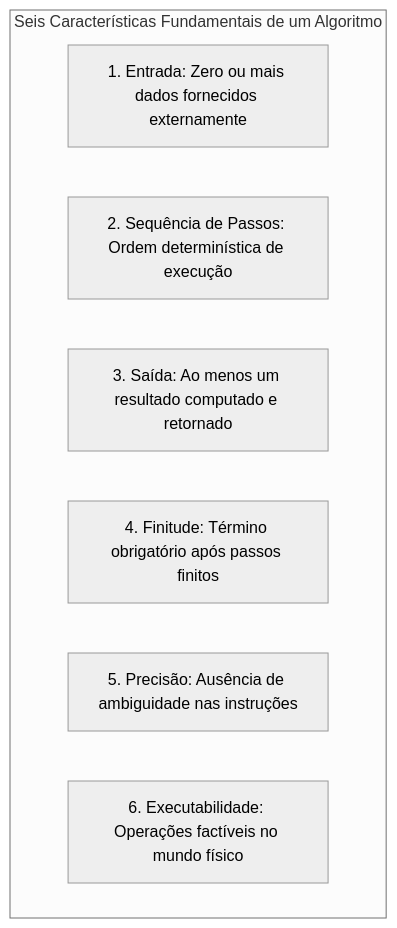
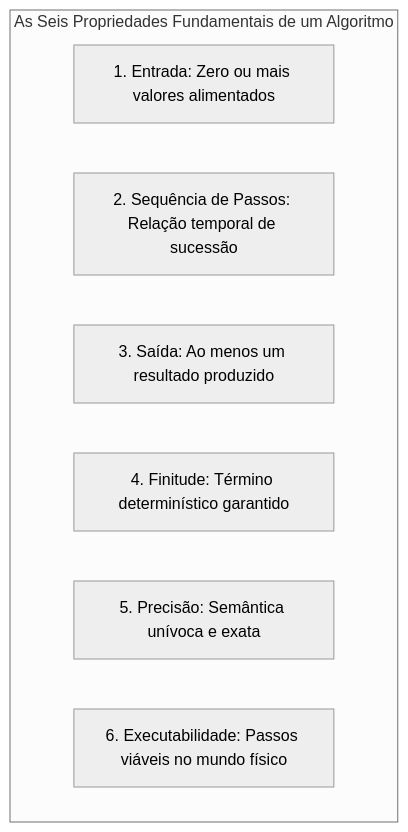
The second of 33 diagrams in 4º Semestre/[Prof. Wesley Soares] Estrutura de Dados I/Resumos-IA/Caderno-Consolidado.md (murilolol/unifef), drawn with Mermaid (neutral theme) before and after one commit. The commit also changed other lines of this file and 18 other files, not shown here.

````diff
--- a/4º Semestre/[Prof. Wesley Soares] Estrutura de Dados I/Resumos-IA/Caderno-Consolidado.md
+++ b/4º Semestre/[Prof. Wesley Soares] Estrutura de Dados I/Resumos-IA/Caderno-Consolidado.md
@@ -155,11 +176,11 @@
 ```mermaid
 flowchart TD
-    subgraph Caracteristicas["Seis Características Fundamentais de um Algoritmo"]
-        C1["1. Entrada: Zero ou mais dados fornecidos externamente"]
-        C2["2. Sequência de Passos: Ordem determinística de execução"]
-        C3["3. Saída: Ao menos um resultado computado e retornado"]
-        C4["4. Finitude: Término obrigatório após passos finitos"]
-        C5["5. Precisão: Ausência de ambiguidade nas instruções"]
-        C6["6. Executabilidade: Operações factíveis no mundo físico"]
+    subgraph Propriedades["As Seis Propriedades Fundamentais de um Algoritmo"]
+        P1["1. Entrada: Zero ou mais valores alimentados"]
+        P2["2. Sequência de Passos: Relação temporal de sucessão"]
+        P3["3. Saída: Ao menos um resultado produzido"]
+        P4["4. Finitude: Término determinístico garantido"]
+        P5["5. Precisão: Semântica unívoca e exata"]
+        P6["6. Executabilidade: Passos viáveis no mundo físico"]
     end
 ```
````
